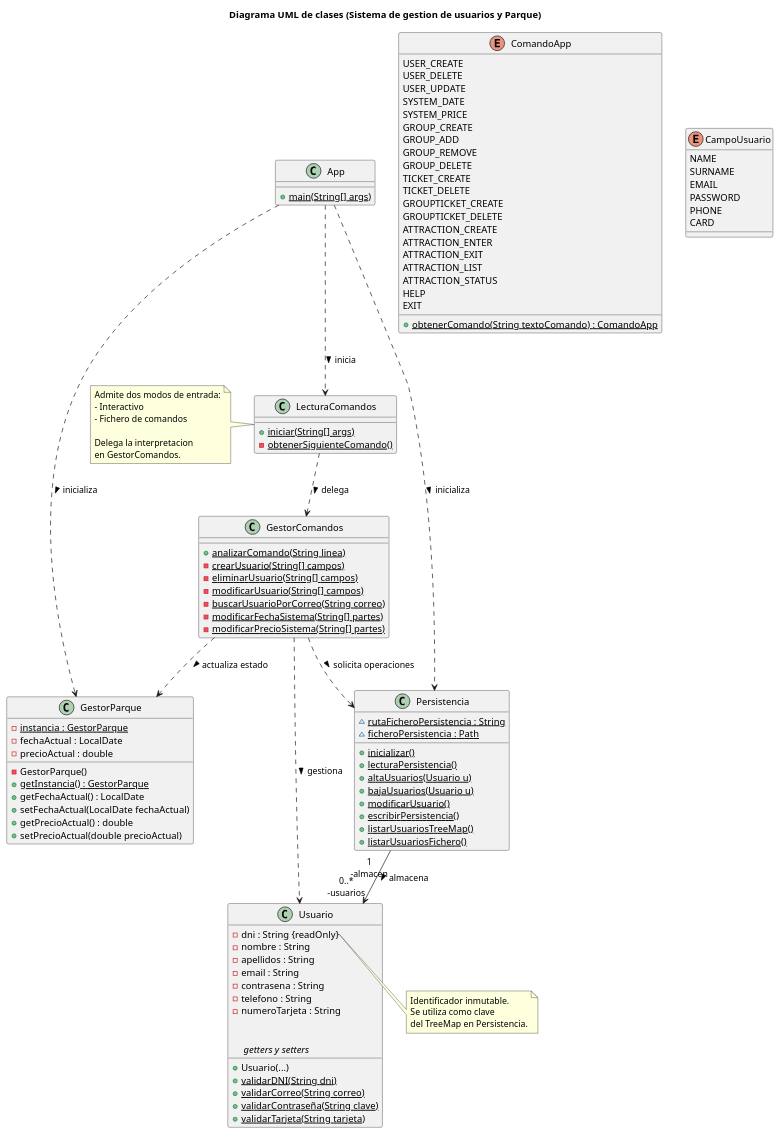
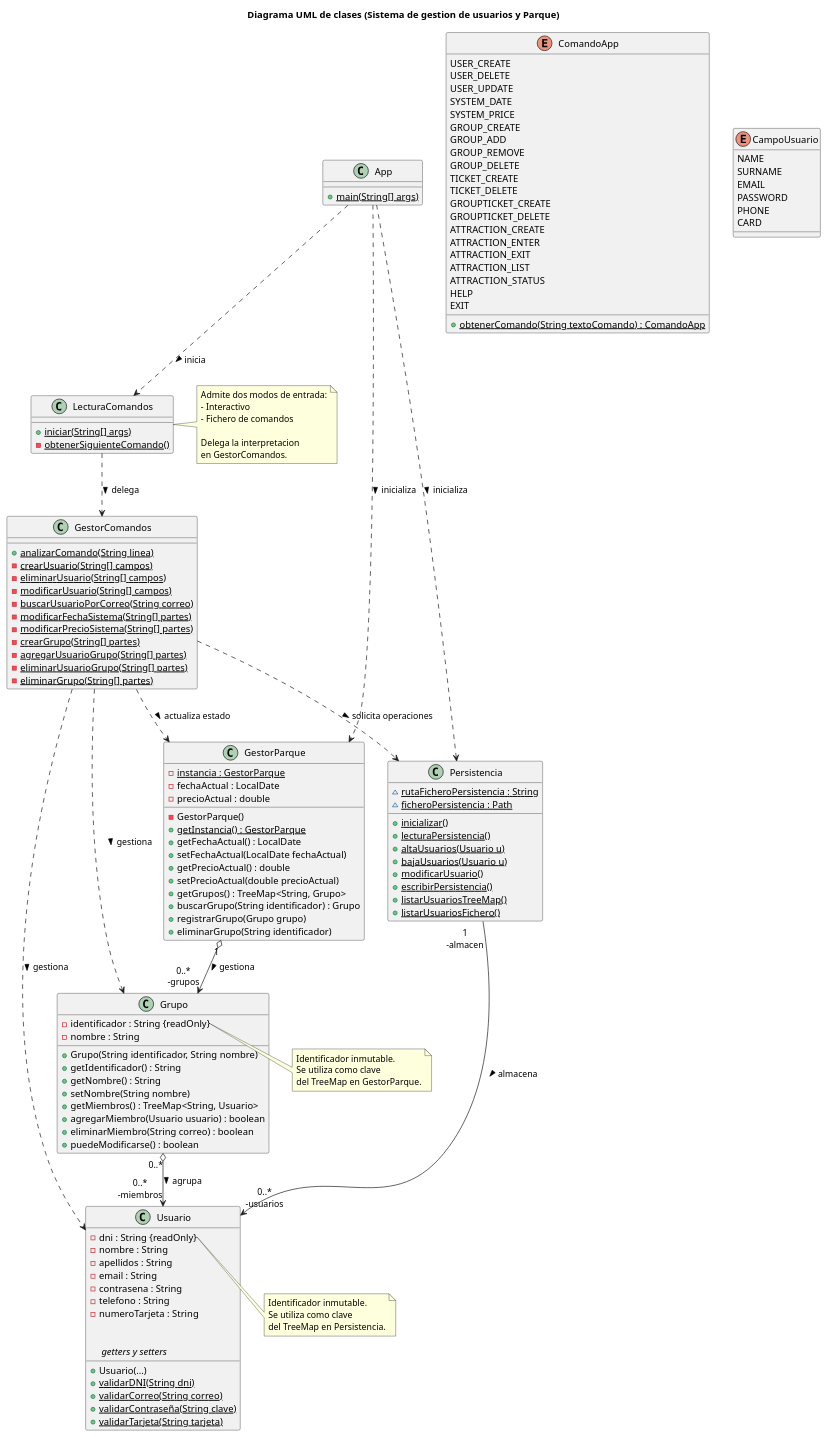
Before and after one commit to DanielBS28/UPM: the diagram in 2026-2027/POO/poo_citim21_13/uml/model.puml, drawn with PlantUML. The commit also changed 4 other files, not shown here.

```diff
--- a/2026-2027/POO/poo_citim21_13/uml/model.puml
+++ b/2026-2027/POO/poo_citim21_13/uml/model.puml
@@ -27,6 +27,10 @@
     + setFechaActual(LocalDate fechaActual)
     + getPrecioActual() : double
     + setPrecioActual(double precioActual)
+    + getGrupos() : TreeMap<String, Grupo>
+    + buscarGrupo(String identificador) : Grupo
+    + registrarGrupo(Grupo grupo)
+    + eliminarGrupo(String identificador)
 }
 
 
@@ -62,6 +66,10 @@
     {method} - {static} buscarUsuarioPorCorreo(String correo)
     {method} - {static} modificarFechaSistema(String[] partes)
     {method} - {static} modificarPrecioSistema(String[] partes)
+    {method} - {static} crearGrupo(String[] partes)
+    {method} - {static} agregarUsuarioGrupo(String[] partes)
+    {method} - {static} eliminarUsuarioGrupo(String[] partes)
+    {method} - {static} eliminarGrupo(String[] partes)
 }
 
 
@@ -94,6 +102,32 @@
 
     + {static} obtenerComando(String textoComando) : ComandoApp
 }
+
+
+
+' ╔════════════════════════════════════════════════╗
+' ║GRUPO - MODELO DE DATOS                         ║
+' ╚════════════════════════════════════════════════╝
+
+class Grupo {
+    - identificador : String {readOnly}
+    - nombre : String
+
+    + Grupo(String identificador, String nombre)
+    + getIdentificador() : String
+    + getNombre() : String
+    + setNombre(String nombre)
+    + getMiembros() : TreeMap<String, Usuario>
+    + agregarMiembro(Usuario usuario) : boolean
+    + eliminarMiembro(String correo) : boolean
+    + puedeModificarse() : boolean
+}
+
+note right of Grupo::identificador
+    Identificador inmutable.
+    Se utiliza como clave
+    del TreeMap en GestorParque.
+end note
 
 
 
@@ -178,12 +212,15 @@
 GestorComandos ..> Persistencia : solicita operaciones >
 GestorComandos ..> Usuario : gestiona >
 GestorComandos ..> GestorParque : actualiza estado >
+GestorComandos ..> Grupo : gestiona >
 
 
 ' ╔════════════════════════════════════════════════╗
-' ║ASOCIACION ESTRUCTURAL                          ║
+' ║ASOCIACIONES ESTRUCTURALES                      ║
 ' ╚════════════════════════════════════════════════╝
 
 Persistencia "1\n-almacen" --> "0..*\n-usuarios" Usuario : almacena >
+GestorParque "1" o--> "0..*\n-grupos" Grupo : gestiona >
+Grupo "0..*" o--> "0..*\n-miembros" Usuario : agrupa >
 
 @enduml
```
